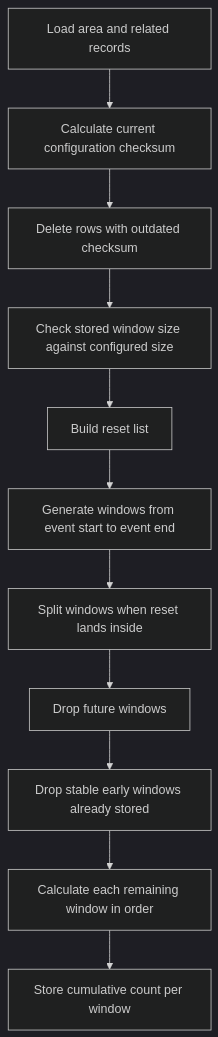
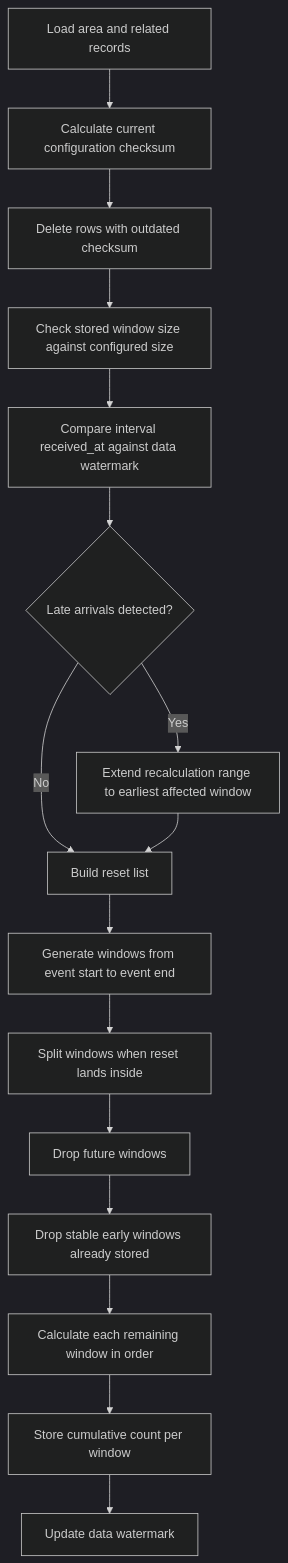
The diagram in docs/peoplecount/aggregation-algorithm.md (musikfestwochen/musikfestapp), drawn with Mermaid (dark theme) before and after one commit. The commit also changed other lines of this file, not shown here.

First line of the commit message:
docs: update aggregation algorithm with watermarking and late data handling

````diff
--- a/docs/peoplecount/aggregation-algorithm.md
+++ b/docs/peoplecount/aggregation-algorithm.md
@@ -96,13 +104,18 @@
 ```mermaid
 flowchart TD
   A[Load area and related records] --> B[Calculate current configuration checksum]
   B --> C[Delete rows with outdated checksum]
   C --> D[Check stored window size against configured size]
-  D --> E[Build reset list]
-  E --> F[Generate windows from event start to event end]
-  F --> G[Split windows when reset lands inside]
-  G --> H[Drop future windows]
-  H --> I[Drop stable early windows already stored]
-  I --> J[Calculate each remaining window in order]
-  J --> K[Store cumulative count per window]
+  D --> E[Compare interval received_at against data watermark]
+  E --> F{Late arrivals detected?}
+  F -->|Yes| G[Extend recalculation range to earliest affected window]
+  F -->|No| H[Build reset list]
+  G --> H
+  H --> I[Generate windows from event start to event end]
+  I --> J[Split windows when reset lands inside]
+  J --> K[Drop future windows]
+  K --> L[Drop stable early windows already stored]
+  L --> M[Calculate each remaining window in order]
+  M --> N[Store cumulative count per window]
+  N --> O[Update data watermark]
 ```
````
